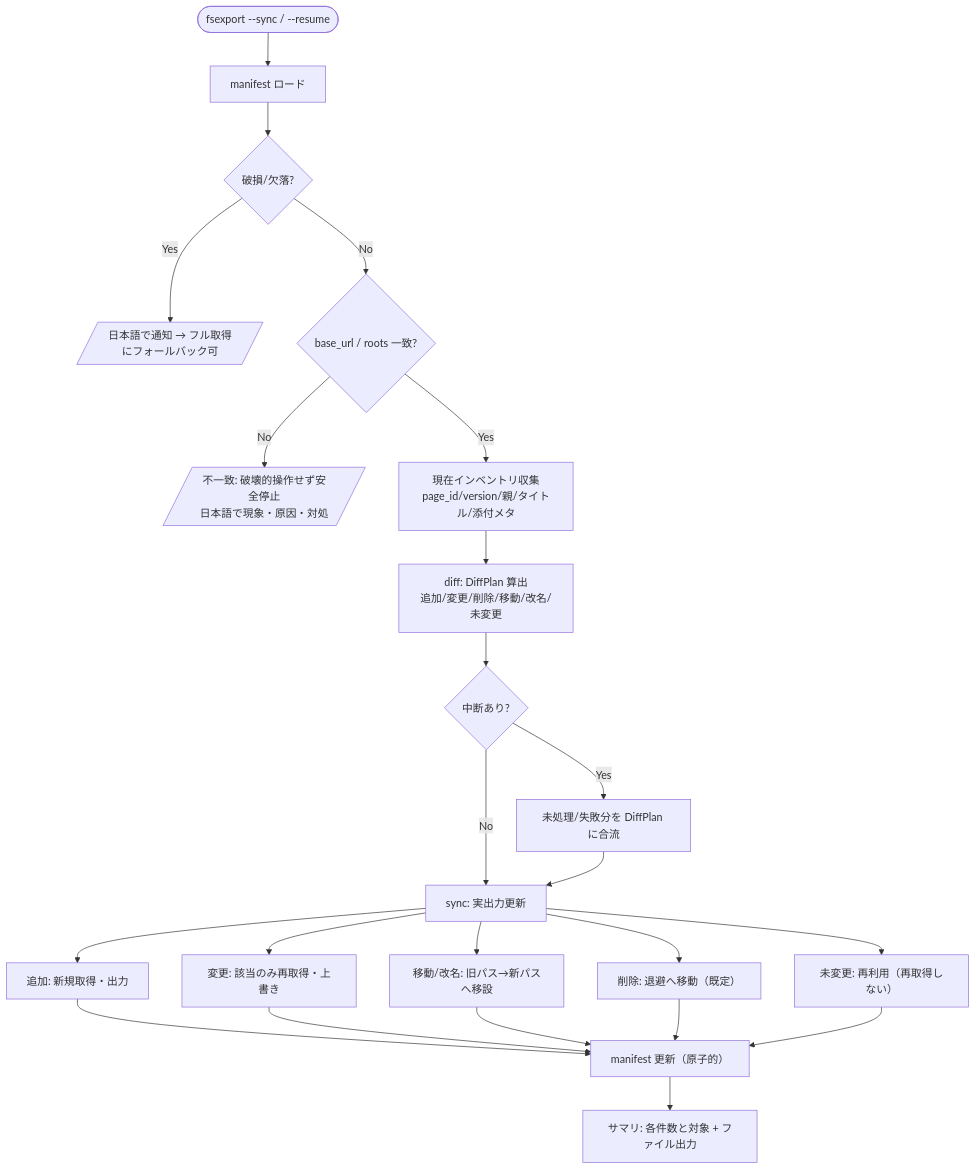
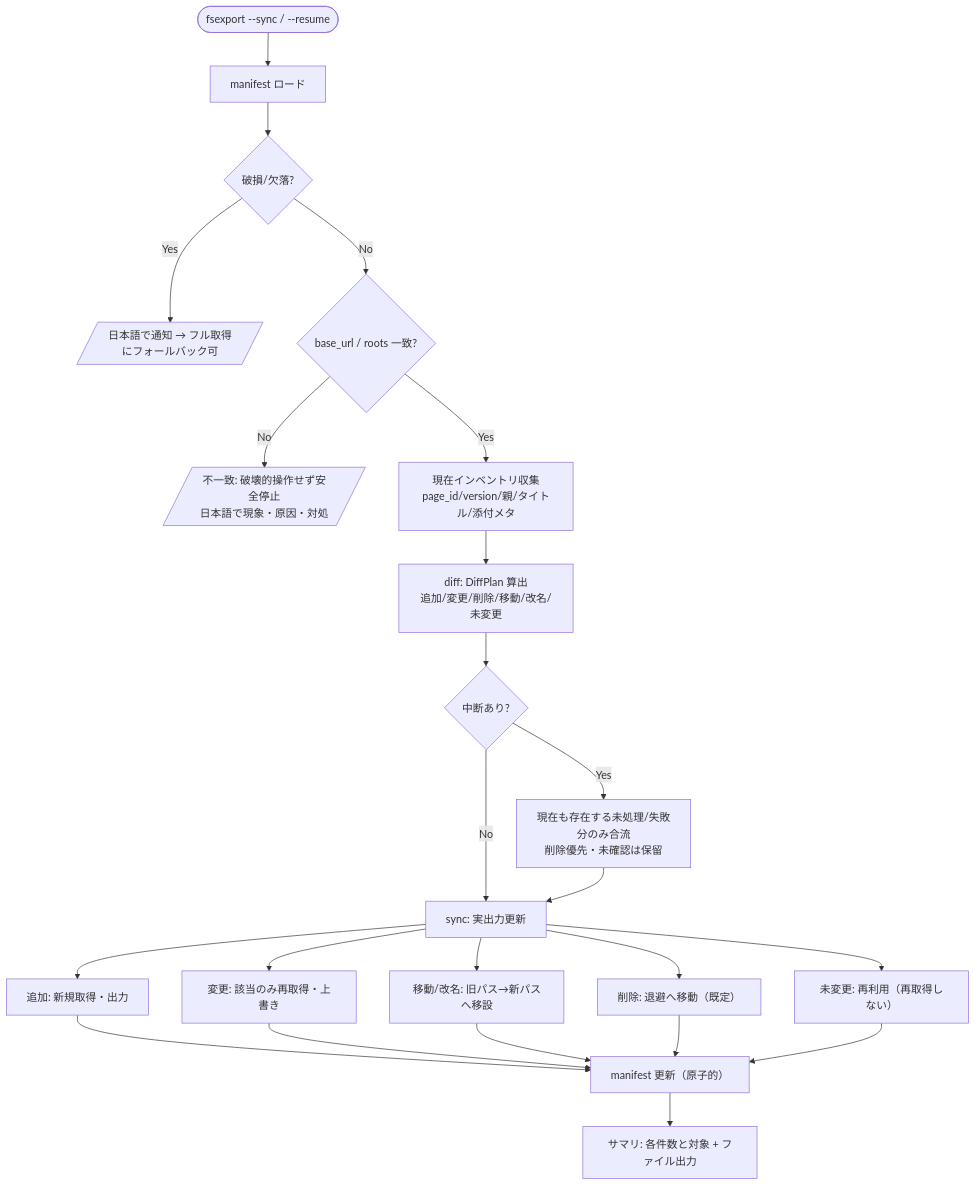
Before and after one commit to masanori-satake/C2M-Export: the diagram in .kiro/specs/0005_resume_and_sync/design.md, drawn with Mermaid. The commit also changed other lines of this file and 5 other files, not shown here.

````diff
--- a/.kiro/specs/0005_resume_and_sync/design.md
+++ b/.kiro/specs/0005_resume_and_sync/design.md
@@ -51,21 +51,21 @@
 ```mermaid
 flowchart TD
     Start([fsexport --sync / --resume]) --> LoadM[manifest ロード]
     LoadM --> Broken{破損/欠落?}
     Broken -- Yes --> Fallback[/日本語で通知 → フル取得にフォールバック可/]
     Broken -- No --> Scope{base_url / roots 一致?}
     Scope -- No --> Stop[/不一致: 破壊的操作せず安全停止<br/>日本語で現象・原因・対処/]
     Scope -- Yes --> Inv[現在インベントリ収集<br/>page_id/version/親/タイトル/添付メタ]
     Inv --> Diff[diff: DiffPlan 算出<br/>追加/変更/削除/移動/改名/未変更]
     Diff --> Resume{中断あり?}
-    Resume -- Yes --> Merge[未処理/失敗分を DiffPlan に合流]
+    Resume -- Yes --> Merge[現在も存在する未処理/失敗分のみ合流<br/>削除優先・未確認は保留]
     Resume -- No --> Exec
     Merge --> Exec[sync: 実出力更新]
     Exec --> Add[追加: 新規取得・出力]
     Exec --> Chg[変更: 該当のみ再取得・上書き]
     Exec --> Mov[移動/改名: 旧パス→新パスへ移設]
     Exec --> Del[削除: 退避へ移動（既定）]
     Exec --> Keep[未変更: 再利用（再取得しない）]
     Add & Chg & Mov & Del & Keep --> SaveM[manifest 更新（原子的）]
     SaveM --> Summary[サマリ: 各件数と対象 + ファイル出力]
 ```
````
